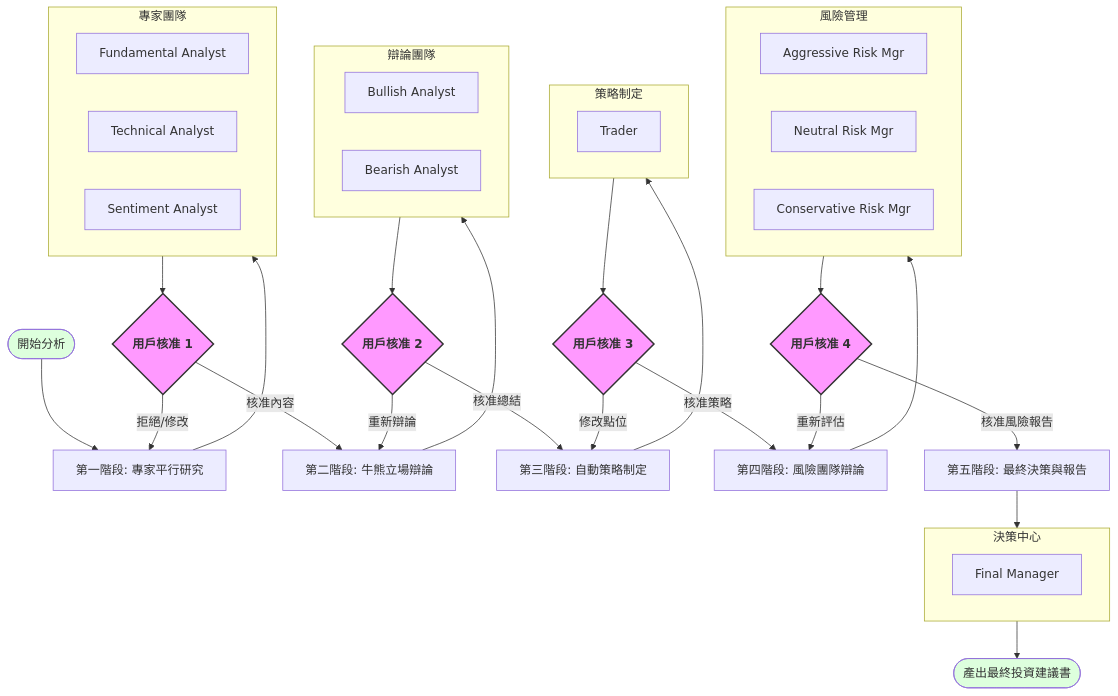
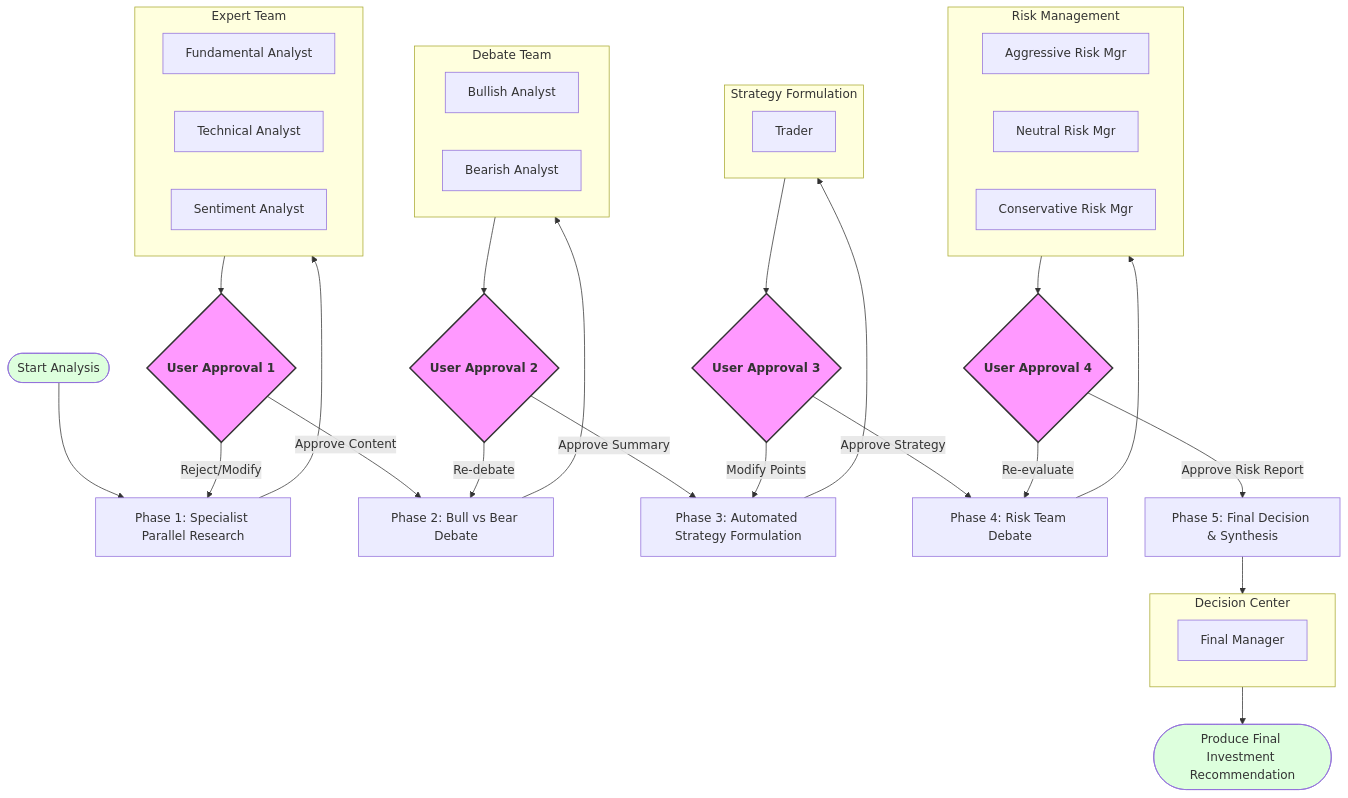
One commit to jeffreychuuu/stock_analysis_agentic_agents changed the diagram in README.md. Above: the diagram before and after it, drawn with Mermaid. The commit also changed other lines of this file and 1 other file, not shown here.

````diff
--- a/README.md
+++ b/README.md
@@ -12,63 +12,63 @@
 ```mermaid
 graph TD
-    Start([開始分析]) --> Phase1[第一階段: 專家平行研究]
+    Start([Start Analysis]) --> Phase1[Phase 1: Specialist Parallel Research]
 
-    subgraph P1 [專家團隊]
+    subgraph P1 [Expert Team]
         FA[Fundamental Analyst]
         TA[Technical Analyst]
         SA[Sentiment Analyst]
     end
 
     Phase1 --> P1
-    P1 --> User1{<b>用戶核准 1</b>}
+    P1 --> User1{<b>User Approval 1</b>}
 
-    User1 -- 拒絕/修改 --> Phase1
-    User1 -- 核准內容 --> Phase2[第二階段: 牛熊立場辯論]
+    User1 -- Reject/Modify --> Phase1
+    User1 -- Approve Content --> Phase2[Phase 2: Bull vs Bear Debate]
 
-    subgraph P2 [辯論團隊]
+    subgraph P2 [Debate Team]
         Bull[Bullish Analyst]
         Bear[Bearish Analyst]
     end
 
     Phase2 --> P2
-    P2 --> User2{<b>用戶核准 2</b>}
+    P2 --> User2{<b>User Approval 2</b>}
 
-    User2 -- 重新辯論 --> Phase2
-    User2 -- 核准總結 --> Phase3[第三階段: 自動策略制定]
+    User2 -- Re-debate --> Phase2
+    User2 -- Approve Summary --> Phase3[Phase 3: Automated Strategy Formulation]
 
-    subgraph P3 [策略制定]
+    subgraph P3 [Strategy Formulation]
         Trader[Trader]
     end
 
     Phase3 --> P3
-    P3 --> User3{<b>用戶核准 3</b>}
+    P3 --> User3{<b>User Approval 3</b>}
 
-    User3 -- 修改點位 --> Phase3
-    User3 -- 核准策略 --> Phase4[第四階段: 風險團隊辯論]
+    User3 -- Modify Points --> Phase3
+    User3 -- Approve Strategy --> Phase4[Phase 4: Risk Team Debate]
 
-    subgraph P4 [風險管理]
+    subgraph P4 [Risk Management]
         ARM[Aggressive Risk Mgr]
         NRM[Neutral Risk Mgr]
         CRM[Conservative Risk Mgr]
     end
 
     Phase4 --> P4
-    P4 --> User4{<b>用戶核准 4</b>}
+    P4 --> User4{<b>User Approval 4</b>}
 
-    User4 -- 重新評估 --> Phase4
-    User4 -- 核准風險報告 --> Phase5[第五階段: 最終決策與報告]
+    User4 -- Re-evaluate --> Phase4
+    User4 -- Approve Risk Report --> Phase5[Phase 5: Final Decision & Synthesis]
 
-    subgraph P5 [決策中心]
+    subgraph P5 [Decision Center]
         FM[Final Manager]
     end
 
     Phase5 --> P5
-    P5 --> Output([產出最終投資建議書])
+    P5 --> Output([Produce Final Investment Recommendation])
 
     style User1 fill:#f9f,stroke:#333,stroke-width:2px
     style User2 fill:#f9f,stroke:#333,stroke-width:2px
     style User3 fill:#f9f,stroke:#333,stroke-width:2px
     style User4 fill:#f9f,stroke:#333,stroke-width:2px
     style Start fill:#dfd
     style Output fill:#dfd
 ```
````
